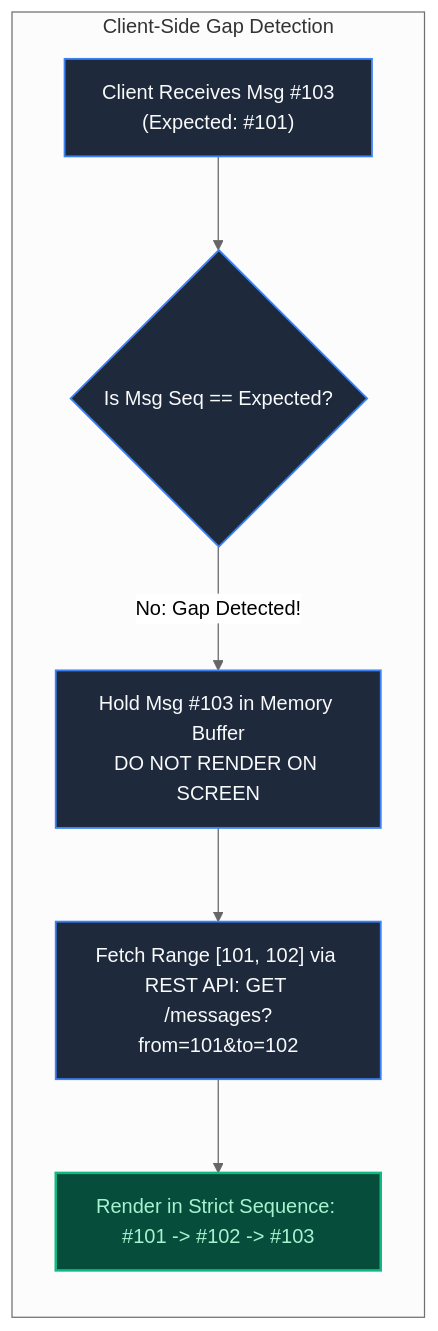
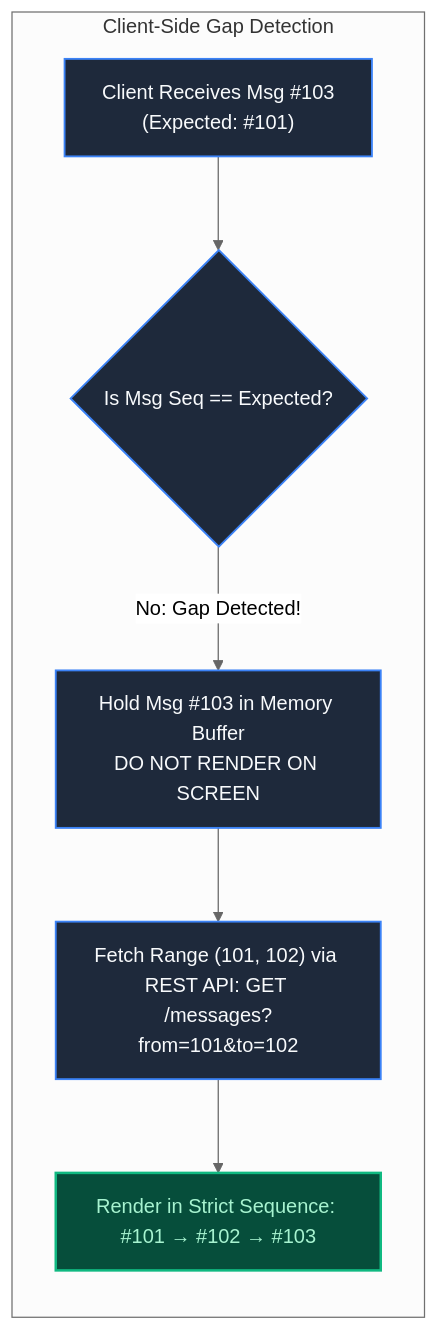
One commit to Priyeshnd555/systems-beyond-the-code changed the fourth of 5 diagrams in book/part-03-time-space-asynchrony/chapter-16-chat-collaboration-ordering.md. Above: the diagram before and after it, drawn with Mermaid (neutral theme). The commit also changed other lines of this file and 33 other files, not shown here.

Commit message:
feat: add dynamic mermaid diagram sanitization and update chart syntax across book chapters

````diff
--- a/book/part-03-time-space-asynchrony/chapter-16-chat-collaboration-ordering.md
+++ b/book/part-03-time-space-asynchrony/chapter-16-chat-collaboration-ordering.md
@@ -100,13 +100,13 @@
 ```mermaid
 flowchart LR
     subgraph ClientValidation ["Client-Side Gap Detection"]
         Recv["Client Receives Msg #103\n(Expected: #101)"] --> Gap{"Is Msg Seq == Expected?"}
         Gap -->|No: Gap Detected!| Buffer["Hold Msg #103 in Memory Buffer\nDO NOT RENDER ON SCREEN"]
-        Buffer --> CatchUp["Fetch Range [101, 102] via REST API: GET /messages?from=101&to=102"]
-        CatchUp --> Render["Render in Strict Sequence: #101 -> #102 -> #103"]
+        Buffer --> CatchUp["Fetch Range (101, 102) via REST API: GET /messages?from=101&to=102"]
+        CatchUp --> Render["Render in Strict Sequence: #101 → #102 → #103"]
     end
 
     classDef default fill:#1e293b,stroke:#3b82f6,stroke-width:1.5px,color:#f8fafc;
     classDef success fill:#064e3b,stroke:#10b981,stroke-width:2px,color:#a7f3d0;
     class Render success;
 ```
````
